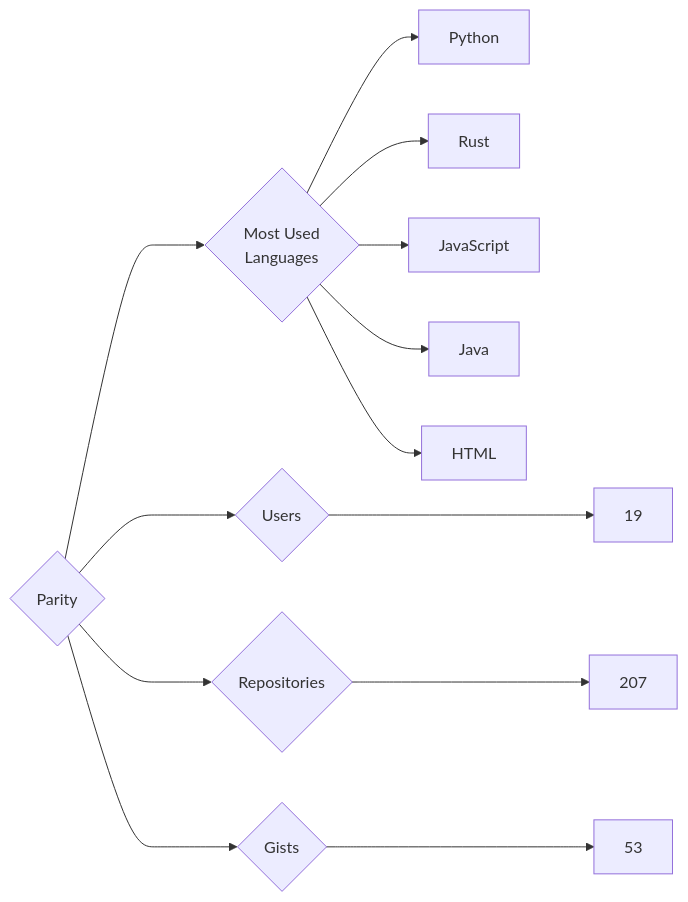
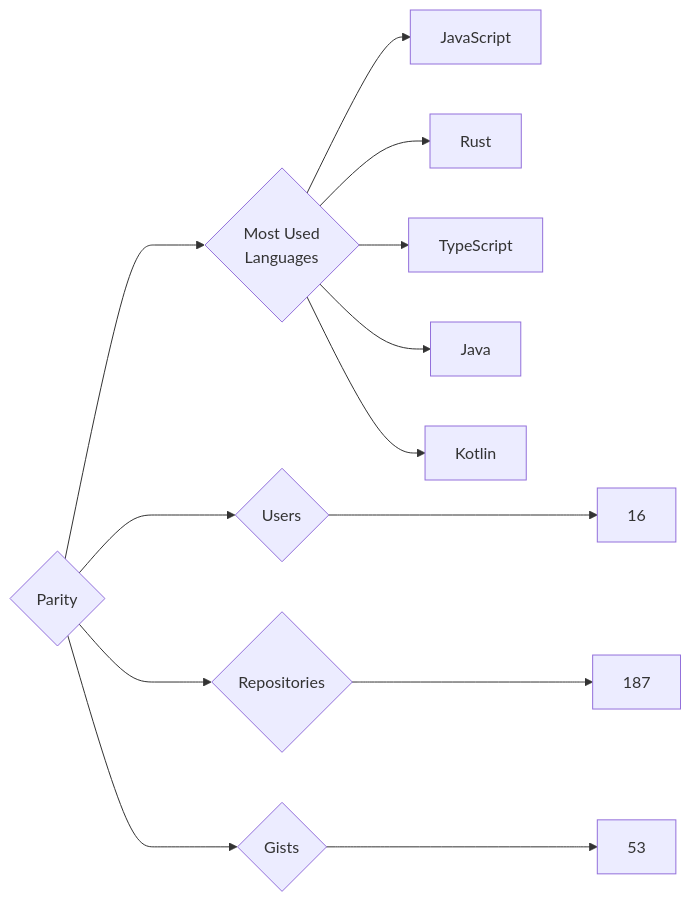
Before and after one commit to trickest/insiders: the diagram in targets/Parity/README.md, drawn with Mermaid. The commit also changed 695 other files, not shown here.

````diff
--- a/targets/Parity/README.md
+++ b/targets/Parity/README.md
@@ -3,13 +3,13 @@
 ```mermaid
 graph LR
 COMPANY_NAME{Parity}
-COMPANY_NAME ---> U{Users} ---> UN[19]
-COMPANY_NAME ---> R{Repositories} ---> RN[207]
+COMPANY_NAME ---> U{Users} ---> UN[16]
+COMPANY_NAME ---> R{Repositories} ---> RN[187]
 COMPANY_NAME ---> G{Gists} ---> GN[53]
 COMPANY_NAME ---> ML{Most Used<br>Languages}
-ML --> Python[Python]
+ML --> JavaScript[JavaScript]
 ML --> Rust[Rust]
-ML --> JavaScript[JavaScript]
+ML --> TypeScript[TypeScript]
 ML --> Java[Java]
-ML --> HTML[HTML]
+ML --> Kotlin[Kotlin]
 ```
````
